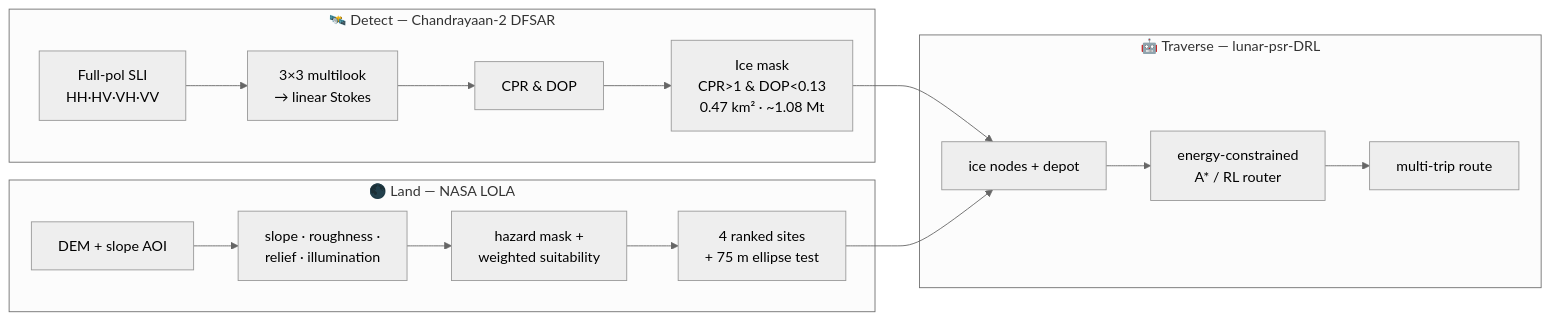
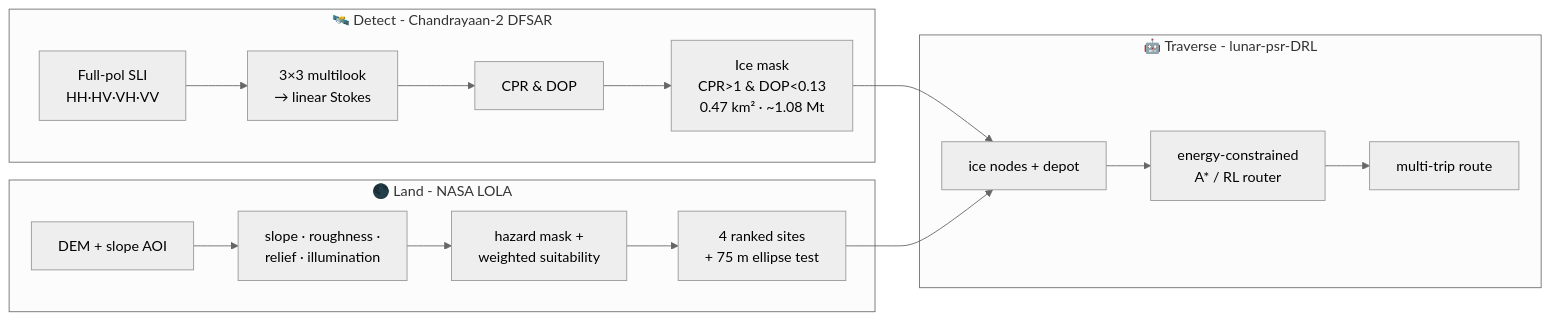
Before and after one commit to PranjalSri108/ISRO_BAH_26_lunar_ice: the second of 2 diagrams in README.md, drawn with Mermaid (neutral theme). The commit also changed other lines of this file, not shown here.

````diff
--- a/README.md
+++ b/README.md
@@ -239,19 +239,19 @@
 ```mermaid
 flowchart LR
-    subgraph DETECT["🛰️ Detect — Chandrayaan-2 DFSAR"]
+    subgraph DETECT["🛰️ Detect - Chandrayaan-2 DFSAR"]
         A[Full-pol SLI<br/>HH·HV·VH·VV] --> B[3×3 multilook<br/>→ linear Stokes]
         B --> C[CPR &amp; DOP]
         C --> D["Ice mask<br/>CPR&gt;1 &amp; DOP&lt;0.13<br/>0.47 km² · ~1.08 Mt"]
     end
-    subgraph LAND["🌑 Land — NASA LOLA"]
+    subgraph LAND["🌑 Land - NASA LOLA"]
         E[DEM + slope AOI] --> F[slope · roughness ·<br/>relief · illumination]
         F --> G[hazard mask +<br/>weighted suitability]
         G --> H["4 ranked sites<br/>+ 75 m ellipse test"]
     end
-    subgraph TRAVERSE["🤖 Traverse — lunar-psr-DRL"]
+    subgraph TRAVERSE["🤖 Traverse - lunar-psr-DRL"]
         I[ice nodes + depot] --> J[energy-constrained<br/>A* / RL router]
         J --> K[multi-trip route]
     end
     D --> I
     H --> I
 ```
````
